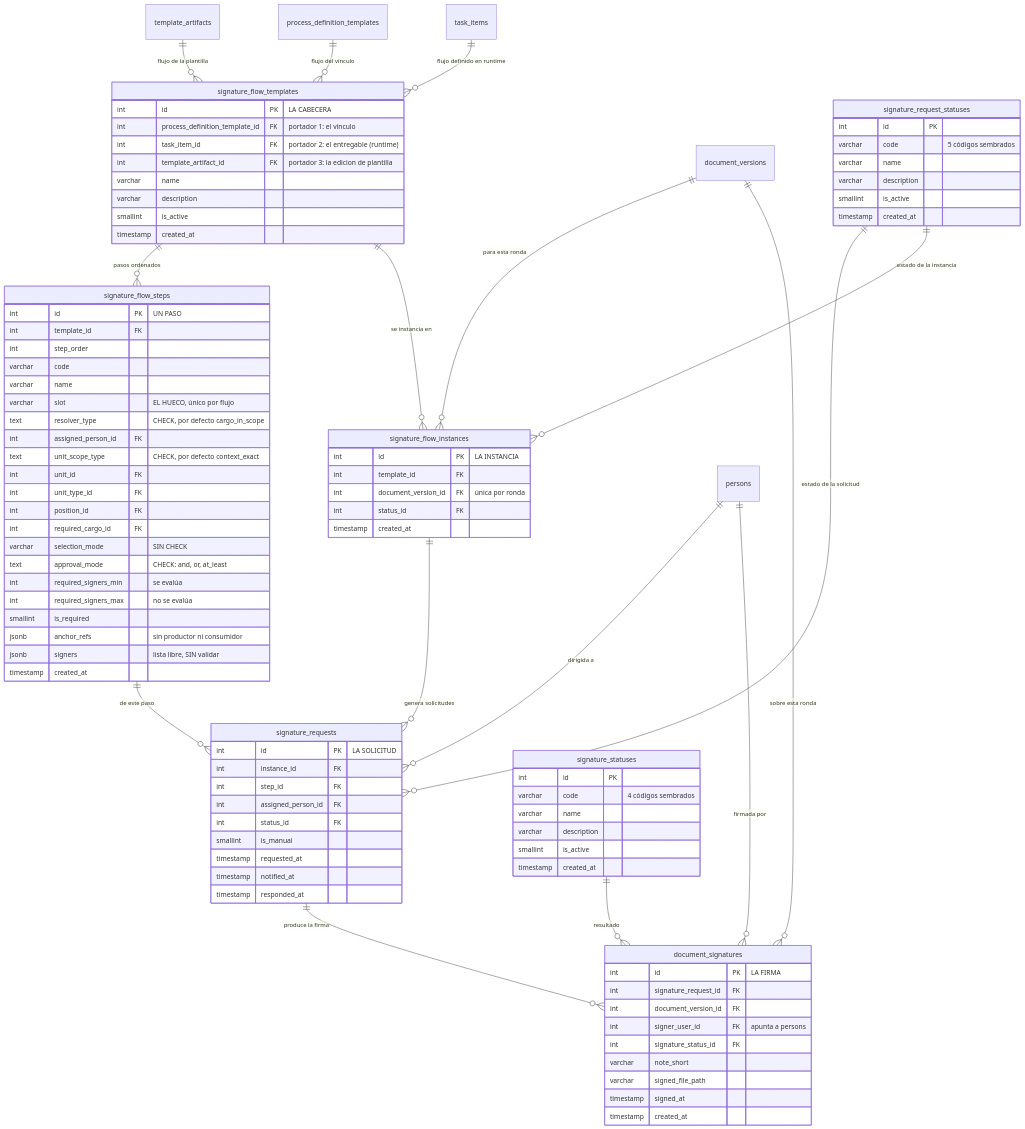
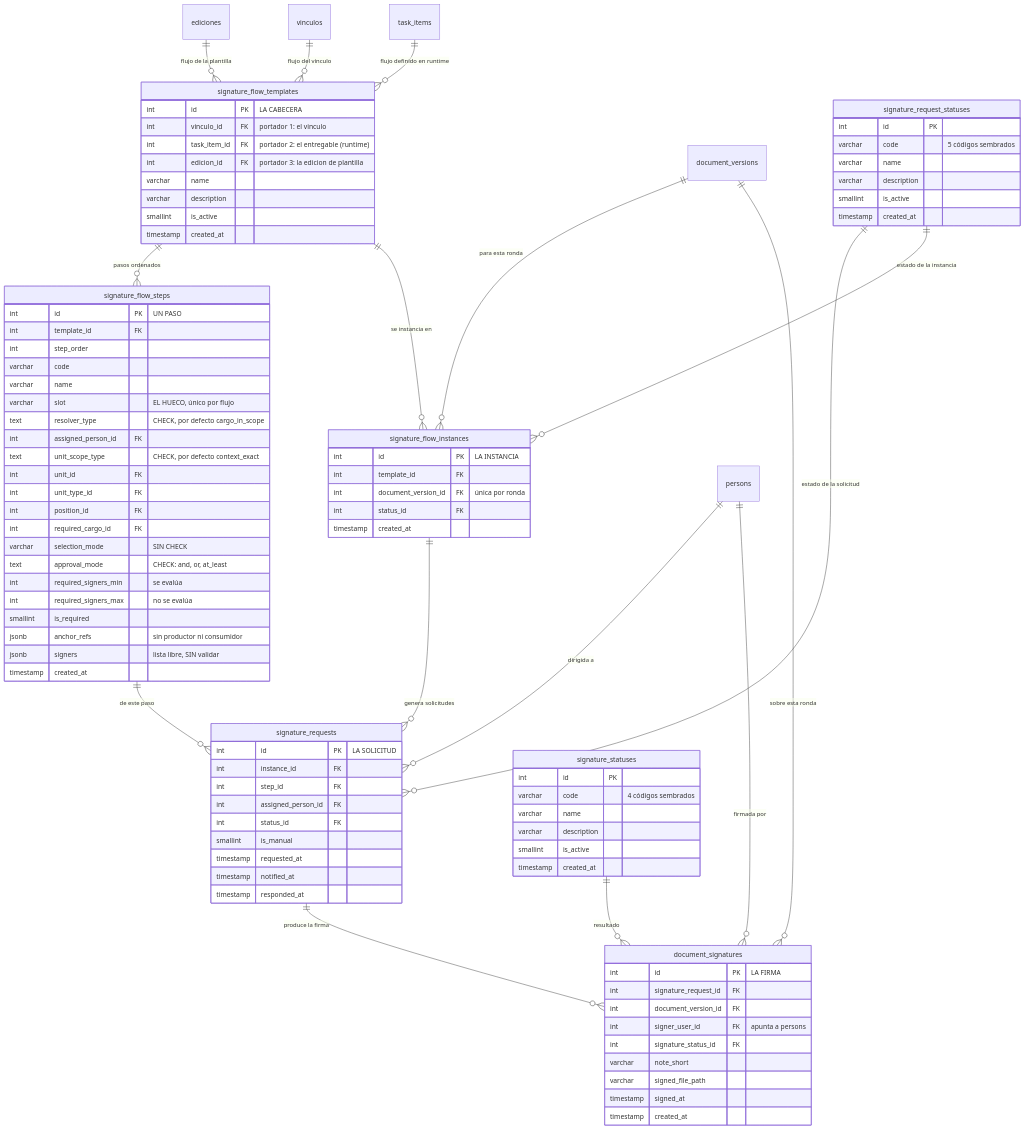
One commit to fresvel/deasy changed the diagram in docs/src/content/docs/modelo/flujo-de-firma.md. Above: the diagram before and after it, drawn with Mermaid. The commit also changed other lines of this file and 172 other files, not shown here.

````diff
--- a/docs/src/content/docs/modelo/flujo-de-firma.md
+++ b/docs/src/content/docs/modelo/flujo-de-firma.md
@@ -119,7 +119,7 @@
 ```mermaid
 erDiagram
-  template_artifacts ||--o{ signature_flow_templates : "flujo de la plantilla"
-  process_definition_templates ||--o{ signature_flow_templates : "flujo del vínculo"
+  ediciones ||--o{ signature_flow_templates : "flujo de la plantilla"
+  vinculos ||--o{ signature_flow_templates : "flujo del vínculo"
   task_items ||--o{ signature_flow_templates : "flujo definido en runtime"
   signature_flow_templates ||--o{ signature_flow_steps : "pasos ordenados"
   signature_flow_templates ||--o{ signature_flow_instances : "se instancia en"
@@ -136,9 +136,9 @@
 
   signature_flow_templates {
     int id PK "LA CABECERA"
-    int process_definition_template_id FK "portador 1: el vinculo"
+    int vinculo_id FK "portador 1: el vinculo"
     int task_item_id FK "portador 2: el entregable (runtime)"
-    int template_artifact_id FK "portador 3: la edicion de plantilla"
+    int edicion_id FK "portador 3: la edicion de plantilla"
     varchar name
     varchar description
     smallint is_active
````
